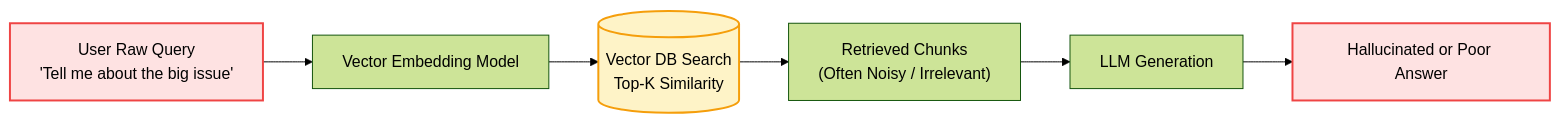
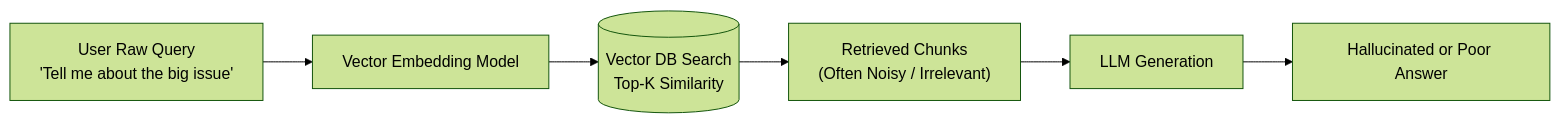
Before and after one commit to d-hackmt/query-transformations: the first of 2 diagrams in docs/00_problem_with_naive_rag.md, drawn with Mermaid (forest theme). The commit also changed other lines of this file and 9 other files, not shown here.

Commit message:
style: remove hardcoded colors from all mermaid diagrams for clean native theme rendering

````diff
--- a/docs/00_problem_with_naive_rag.md
+++ b/docs/00_problem_with_naive_rag.md
@@ -13,12 +13,9 @@
 ```mermaid
 flowchart LR
     A["User Raw Query<br/>'Tell me about the big issue'"] --> B["Vector Embedding Model"]
     B --> C[("Vector DB Search<br/>Top-K Similarity")]
     C --> D["Retrieved Chunks<br/>(Often Noisy / Irrelevant)"]
     D --> E["LLM Generation"]
     E --> F["Hallucinated or Poor Answer"]
     
-    style A fill:#fee2e2,stroke:#ef4444,stroke-width:2px
-    style C fill:#fef3c7,stroke:#f59e0b,stroke-width:2px
-    style F fill:#fee2e2,stroke:#ef4444,stroke-width:2px
 ```
````
